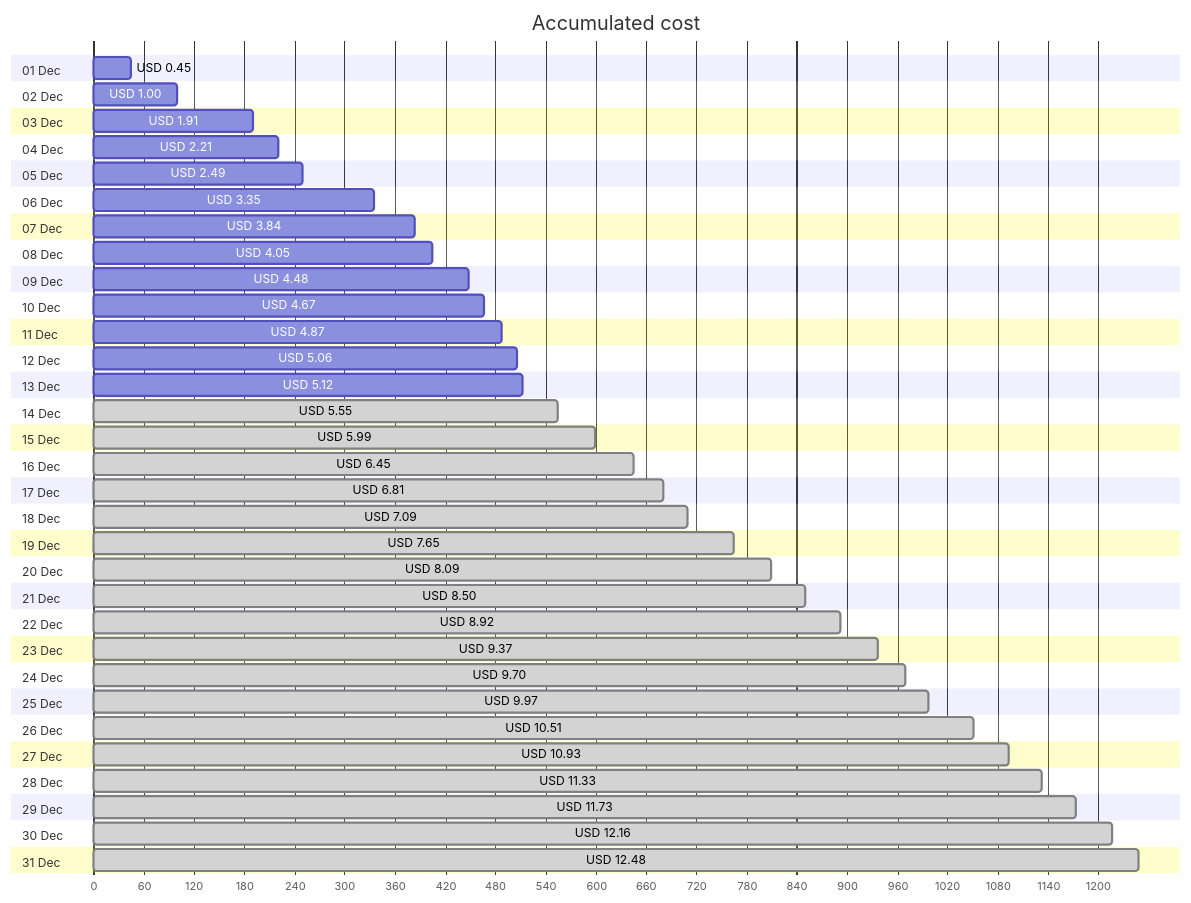
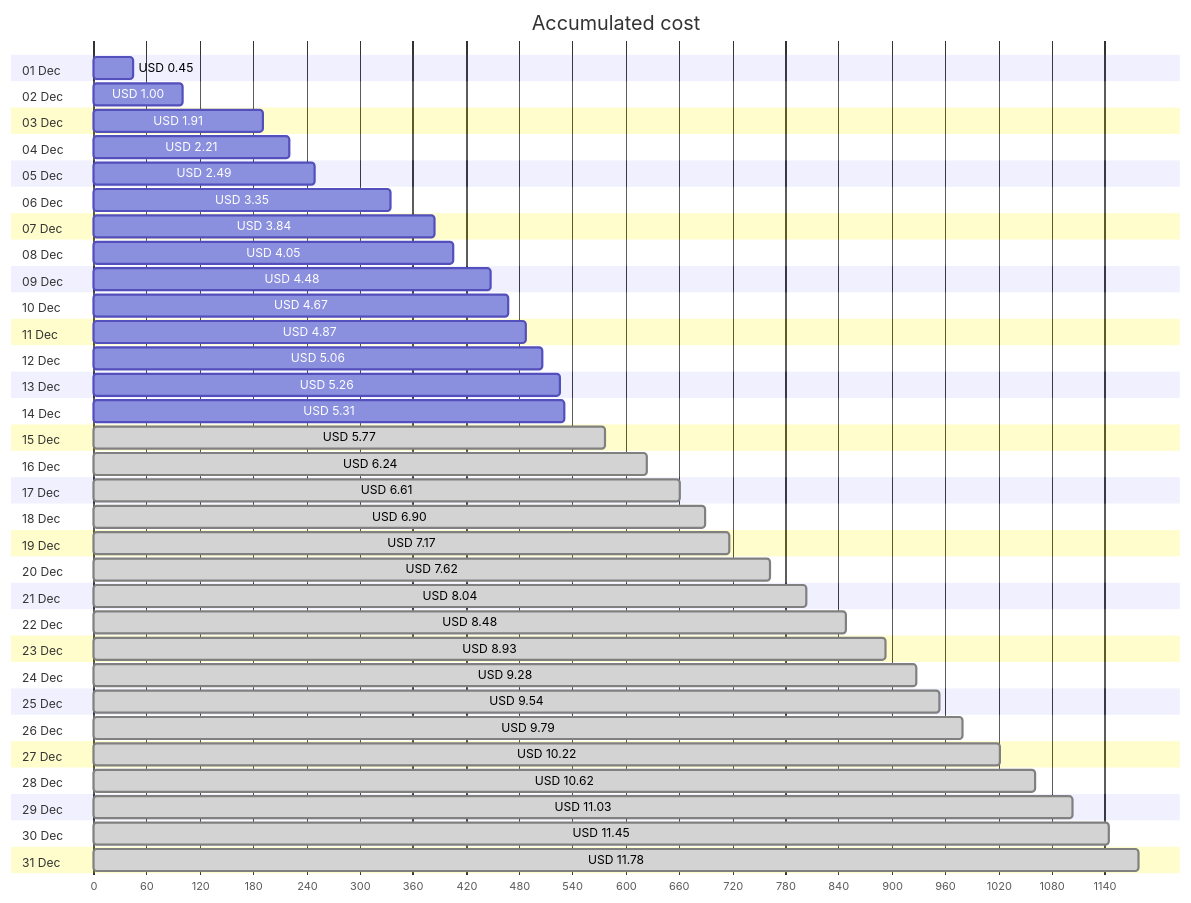
Before and after one commit to jpfulton/azure-personal-reports: the first of 4 diagrams in cost-reports/personal-network/vpn-server.md, drawn with Mermaid. The commit also changed other lines of this file and 8 other files, not shown here.

````diff
--- a/cost-reports/personal-network/vpn-server.md
+++ b/cost-reports/personal-network/vpn-server.md
@@ -20,68 +20,68 @@
 ```mermaid
 gantt
    title Accumulated cost
    dateFormat  X
    axisFormat %s
    section 01 Dec
    USD 0.45 :0, 45
    section 02 Dec
    USD 1.00 :0, 100
    section 03 Dec
    USD 1.91 :0, 191
    section 04 Dec
    USD 2.21 :0, 221
    section 05 Dec
    USD 2.49 :0, 249
    section 06 Dec
    USD 3.35 :0, 335
    section 07 Dec
    USD 3.84 :0, 384
    section 08 Dec
    USD 4.05 :0, 405
    section 09 Dec
    USD 4.48 :0, 448
    section 10 Dec
    USD 4.67 :0, 467
    section 11 Dec
    USD 4.87 :0, 487
    section 12 Dec
    USD 5.06 :0, 506
    section 13 Dec
-   USD 5.12 :0, 512
+   USD 5.26 :0, 526
    section 14 Dec
-   USD 5.55 : done, 0, 555
+   USD 5.31 :0, 531
    section 15 Dec
-   USD 5.99 : done, 0, 599
+   USD 5.77 : done, 0, 577
    section 16 Dec
-   USD 6.45 : done, 0, 645
+   USD 6.24 : done, 0, 624
    section 17 Dec
-   USD 6.81 : done, 0, 681
+   USD 6.61 : done, 0, 661
    section 18 Dec
-   USD 7.09 : done, 0, 709
+   USD 6.90 : done, 0, 690
    section 19 Dec
-   USD 7.65 : done, 0, 765
+   USD 7.17 : done, 0, 717
    section 20 Dec
-   USD 8.09 : done, 0, 809
+   USD 7.62 : done, 0, 762
    section 21 Dec
-   USD 8.50 : done, 0, 850
+   USD 8.04 : done, 0, 804
    section 22 Dec
-   USD 8.92 : done, 0, 892
+   USD 8.48 : done, 0, 848
    section 23 Dec
-   USD 9.37 : done, 0, 937
+   USD 8.93 : done, 0, 893
    section 24 Dec
-   USD 9.70 : done, 0, 970
+   USD 9.28 : done, 0, 928
    section 25 Dec
-   USD 9.97 : done, 0, 997
+   USD 9.54 : done, 0, 954
    section 26 Dec
-   USD 10.51 : done, 0, 1051
+   USD 9.79 : done, 0, 979
    section 27 Dec
-   USD 10.93 : done, 0, 1093
+   USD 10.22 : done, 0, 1022
    section 28 Dec
-   USD 11.33 : done, 0, 1133
+   USD 10.62 : done, 0, 1062
    section 29 Dec
-   USD 11.73 : done, 0, 1173
+   USD 11.03 : done, 0, 1103
    section 30 Dec
-   USD 12.16 : done, 0, 1216
+   USD 11.45 : done, 0, 1145
    section 31 Dec
-   USD 12.48 : done, 0, 1248
+   USD 11.78 : done, 0, 1178
 ```
````
